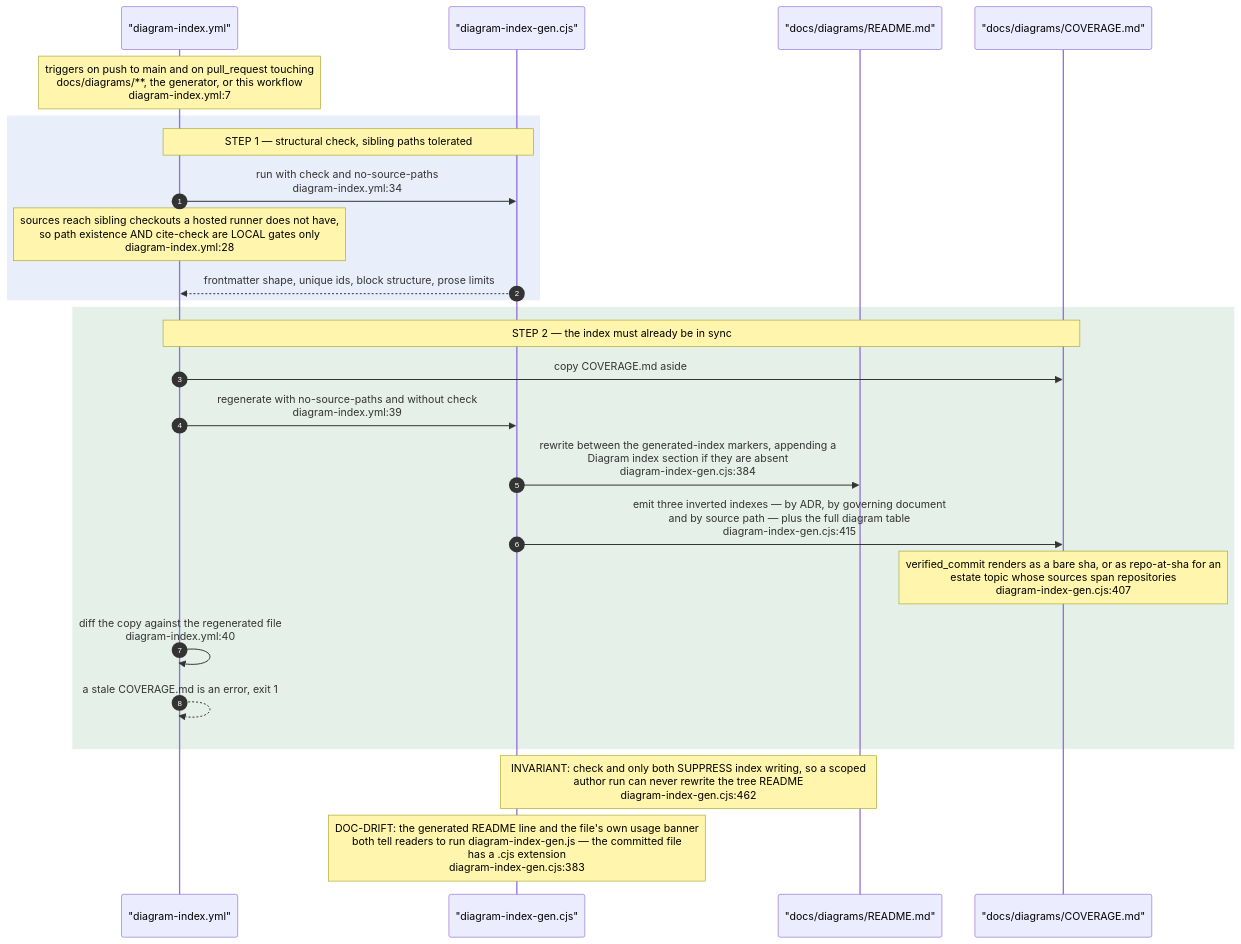
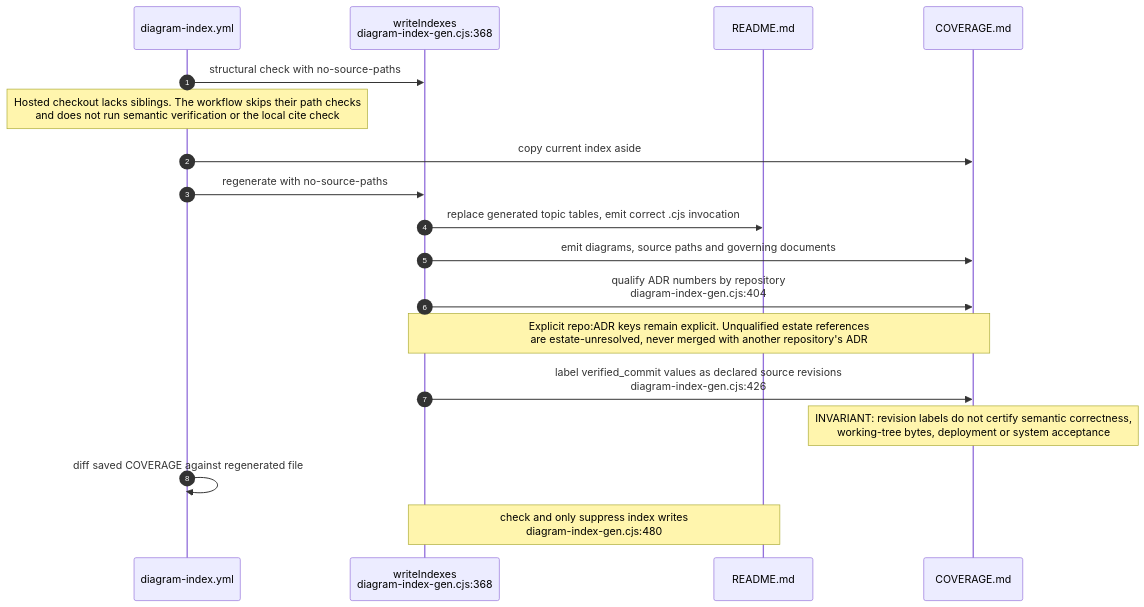
Before and after one commit to DreamLab-AI/VisionFlow: diagram 12 of 13 in docs/diagrams/visionflow/06-diagram-tooling.md, drawn with Mermaid. The commit also changed other lines of this file and 185 other files, not shown here.

Commit message:
docs(estate): reconcile diagrams and ADRs with source and define closeout sprint

````diff
--- a/docs/diagrams/visionflow/06-diagram-tooling.md
+++ b/docs/diagrams/visionflow/06-diagram-tooling.md
@@ -459,31 +363,20 @@
 ```mermaid
 sequenceDiagram
     autonumber
-    participant CI as "diagram-index.yml"
-    participant GEN as "diagram-index-gen.cjs"
-    participant RM as "docs/diagrams/README.md"
-    participant CV as "docs/diagrams/COVERAGE.md"
-
-    Note over CI: triggers on push to main and on pull_request touching<br/>docs/diagrams/**, the generator, or this workflow<br/>diagram-index.yml:7
-
-    rect rgb(232, 238, 250)
-    Note over CI,GEN: STEP 1 — structural check, sibling paths tolerated
-    CI->>GEN: run with check and no-source-paths<br/>diagram-index.yml:34
-    Note over CI: sources reach sibling checkouts a hosted runner does not have,<br/>so path existence AND cite-check are LOCAL gates only<br/>diagram-index.yml:28
-    GEN-->>CI: frontmatter shape, unique ids, block structure, prose limits
-    end
-
-    rect rgb(228, 240, 232)
-    Note over CI,CV: STEP 2 — the index must already be in sync
-    CI->>CV: copy COVERAGE.md aside
-    CI->>GEN: regenerate with no-source-paths and without check<br/>diagram-index.yml:39
-    GEN->>RM: rewrite between the generated-index markers, appending a<br/>Diagram index section if they are absent<br/>diagram-index-gen.cjs:384
-    GEN->>CV: emit three inverted indexes — by ADR, by governing document<br/>and by source path — plus the full diagram table<br/>diagram-index-gen.cjs:415
-    Note over CV: verified_commit renders as a bare sha, or as repo-at-sha for an<br/>estate topic whose sources span repositories<br/>diagram-index-gen.cjs:407
-    CI->>CI: diff the copy against the regenerated file<br/>diagram-index.yml:40
-    CI-->>CI: a stale COVERAGE.md is an error, exit 1
-    end
-
-    Note over GEN,RM: INVARIANT: check and only both SUPPRESS index writing, so a scoped<br/>author run can never rewrite the tree README<br/>diagram-index-gen.cjs:462
-    Note over GEN: DOC-DRIFT: the generated README line and the file's own usage banner<br/>both tell readers to run diagram-index-gen.js — the committed file<br/>has a .cjs extension<br/>diagram-index-gen.cjs:383
+    participant CI as diagram-index.yml
+    participant G as writeIndexes<br/>diagram-index-gen.cjs:368
+    participant RM as README.md
+    participant CV as COVERAGE.md
+    CI->>G: structural check with no-source-paths
+    Note over CI: Hosted checkout lacks siblings. The workflow skips their path checks<br/>and does not run semantic verification or the local cite check
+    CI->>CV: copy current index aside
+    CI->>G: regenerate with no-source-paths
+    G->>RM: replace generated topic tables, emit correct .cjs invocation
+    G->>CV: emit diagrams, source paths and governing documents
+    G->>CV: qualify ADR numbers by repository<br/>diagram-index-gen.cjs:404
+    Note over G,CV: Explicit repo:ADR keys remain explicit. Unqualified estate references<br/>are estate-unresolved, never merged with another repository's ADR
+    G->>CV: label verified_commit values as declared source revisions<br/>diagram-index-gen.cjs:426
+    Note over CV: INVARIANT: revision labels do not certify semantic correctness,<br/>working-tree bytes, deployment or system acceptance
+    CI->>CI: diff saved COVERAGE against regenerated file
+    Note over G,RM: check and only suppress index writes<br/>diagram-index-gen.cjs:480
 ```
````
